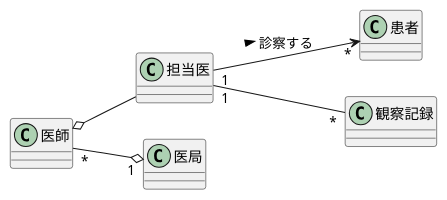
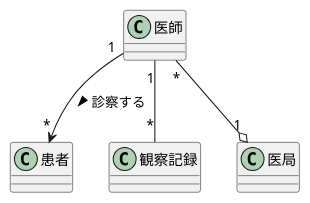
The diagram in 演習3-2_CL_医師と患者と医局と診療記録.pu (Kuya0307/unl-introduction), drawn with PlantUML before and after one commit. The commit also changed 2 other files, not shown here.

```diff
--- a/演習3-2_CL_医師と患者と医局と診療記録.pu
+++ b/演習3-2_CL_医師と患者と医局と診療記録.pu
@@ -1,22 +1,18 @@
 @startuml クラス図
-left to right direction
+' left to right direction
     class 医師{
-
-    }
-    class 担当医{
 
     }
     class 患者{
 
     }
     class 観察記録{
 
     }
     class 医局{
 
     }
-    担当医"1" --> "*"患者:診察する >
-    医師 o-- 担当医
-    担当医"1" -- "*"観察記録
+    医師"1" --> "*"患者:診察する >
+    医師"1" -- "*"観察記録
     医師"*" --o "1"医局
 @enduml
```
